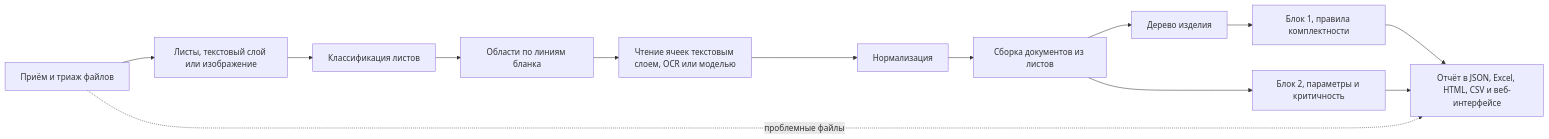
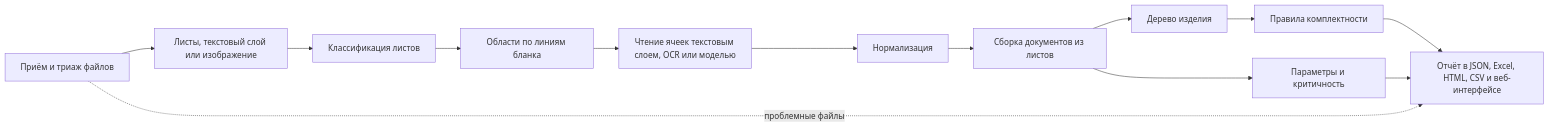
Before and after one commit to EkaterinaGrisha/ARM: the diagram in docs/reports/2026-11-17-interim.md, drawn with Mermaid. The commit also changed other lines of this file and 2 other files, not shown here.

````diff
--- a/docs/reports/2026-11-17-interim.md
+++ b/docs/reports/2026-11-17-interim.md
@@ -75,15 +25,15 @@
 ```mermaid
 flowchart LR
     A[Приём и триаж файлов] --> B[Листы, текстовый слой или изображение]
     B --> C[Классификация листов]
     C --> D[Области по линиям бланка]
     D --> E[Чтение ячеек текстовым слоем, OCR или моделью]
     E --> F[Нормализация]
     F --> G[Сборка документов из листов]
     G --> H[Дерево изделия]
-    H --> I[Блок 1, правила комплектности]
-    G --> J[Блок 2, параметры и критичность]
+    H --> I[Правила комплектности]
+    G --> J[Параметры и критичность]
     I --> K[Отчёт в JSON, Excel, HTML, CSV и веб-интерфейсе]
     J --> K
     A -. проблемные файлы .-> K
 ```
````
